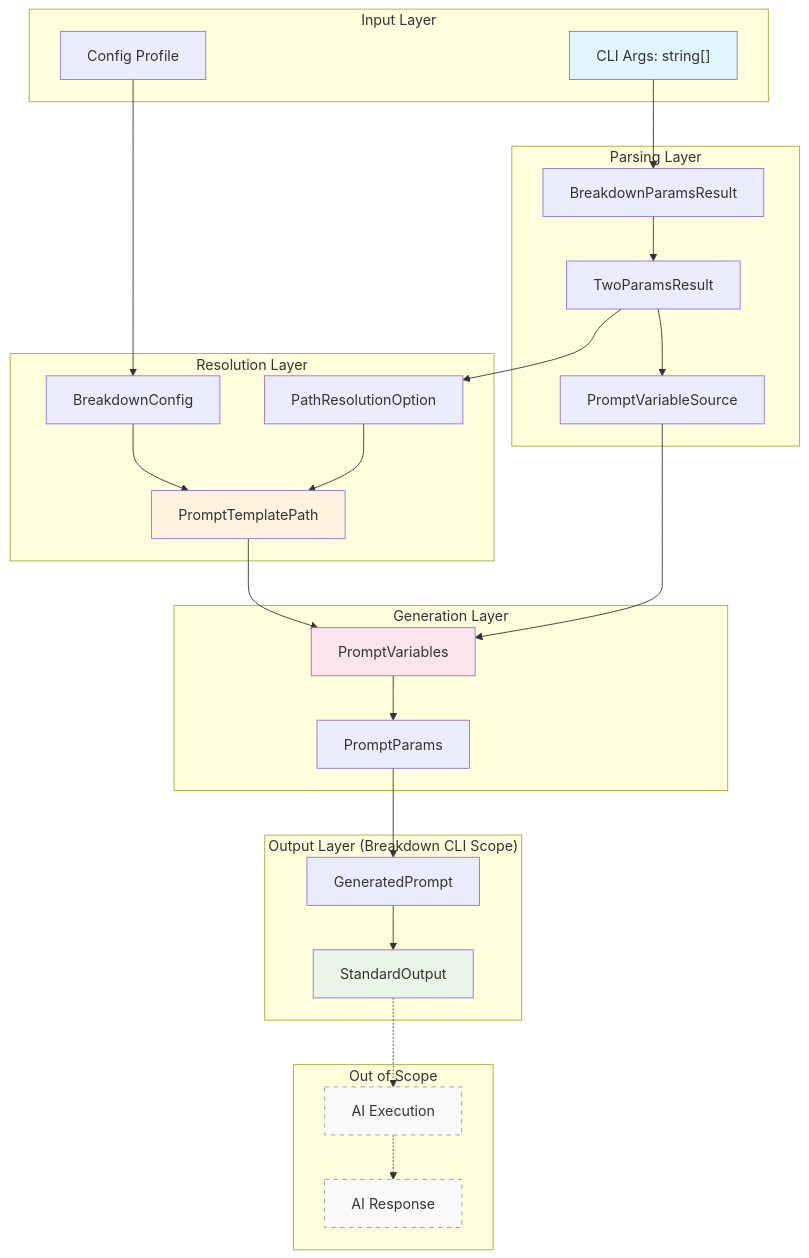
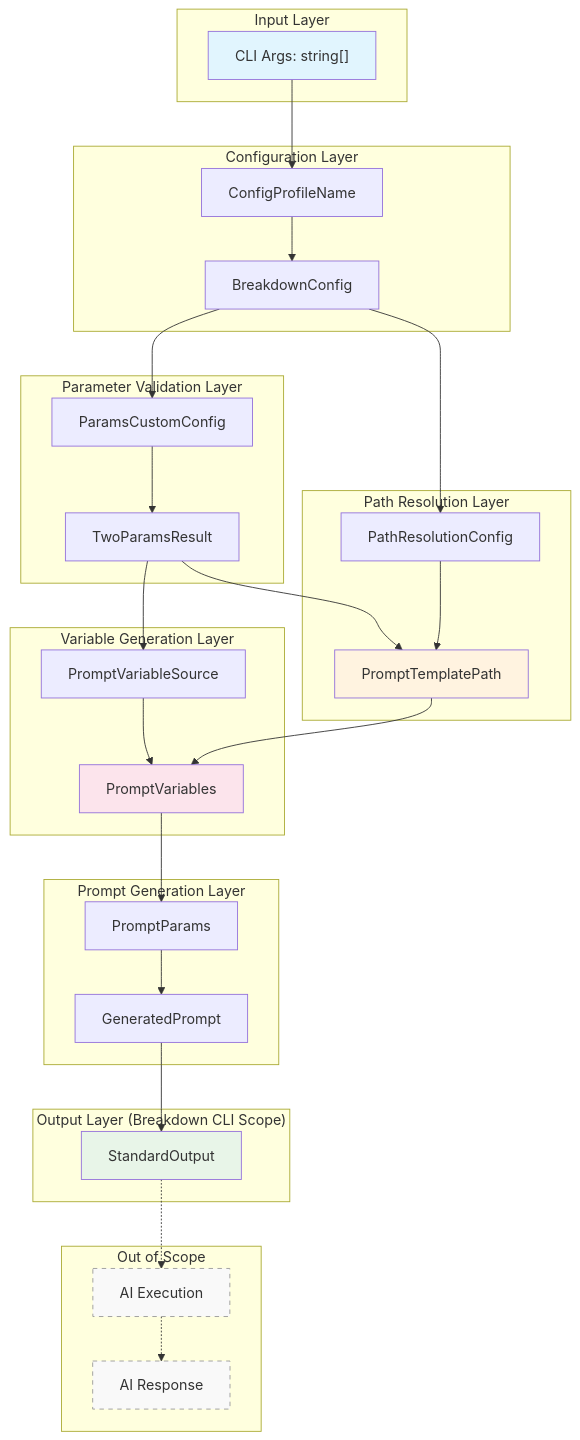
Before and after one commit to tettuan/breakdown: the third of 4 diagrams in docs/breakdown/domain_core/domain_boundaries_flow.ja.md, drawn with Mermaid. The commit also changed other lines of this file and 1 other file, not shown here.

````diff
--- a/docs/breakdown/domain_core/domain_boundaries_flow.ja.md
+++ b/docs/breakdown/domain_core/domain_boundaries_flow.ja.md
@@ -370,58 +410,65 @@
 ```mermaid
 flowchart TD
     subgraph INPUT ["Input Layer"]
         A["CLI Args: string[]"]
-        B["Config Profile"]
     end
     
-    subgraph PARSING ["Parsing Layer"]
-        C["BreakdownParamsResult"]
-        D["TwoParamsResult"]
-        E["PromptVariableSource"]
-    end
-    
-    subgraph RESOLUTION ["Resolution Layer"]
-        F["PathResolutionOption"]
-        G["PromptTemplatePath"]
+    subgraph CONFIG ["Configuration Layer"]
+        B["ConfigProfileName"]
         H["BreakdownConfig"]
     end
     
-    subgraph GENERATION ["Generation Layer"]
+    subgraph PARSING ["Parameter Validation Layer"]
+        C["ParamsCustomConfig"]
+        D["TwoParamsResult"]
+    end
+    
+    subgraph RESOLUTION ["Path Resolution Layer"]
+        E["PathResolutionConfig"]
+        G["PromptTemplatePath"]
+    end
+    
+    subgraph GENERATION ["Variable Generation Layer"]
+        F["PromptVariableSource"]
         I["PromptVariables"]
+    end
+    
+    subgraph PROMPT ["Prompt Generation Layer"]
         J["PromptParams"]
+        K["GeneratedPrompt"]
     end
     
     subgraph OUTPUT ["Output Layer (Breakdown CLI Scope)"]
-        K["GeneratedPrompt"]
         L["StandardOutput"]
     end
     
     subgraph OUTSCOPE ["Out of Scope"]
         M["AI Execution"]
         N["AI Response"]
     end
     
-    A --> C
+    A --> B
     B --> H
+    H --> C
     C --> D
-    D --> E
+    H --> E
     D --> F
-    H --> G
-    F --> G
+    D --> G
+    E --> G
+    F --> I
     G --> I
-    E --> I
     I --> J
     J --> K
     K --> L
     
     %% 対象外の依存関係（点線）
     L -.-> M
     M -.-> N
     
     style A fill:#e1f5fe
     style L fill:#e8f5e8
     style G fill:#fff3e0
     style I fill:#fce4ec
     style M fill:#f9f9f9,stroke:#999,stroke-dasharray:5,5
     style N fill:#f9f9f9,stroke:#999,stroke-dasharray:5,5
 ```
````
